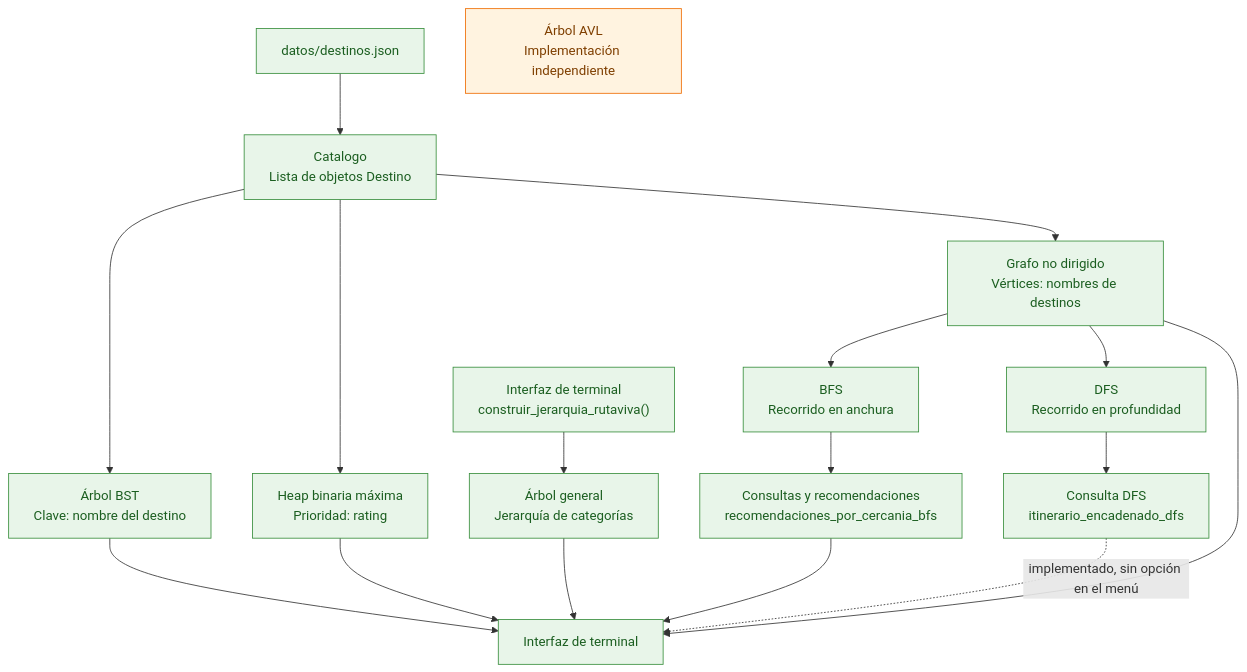
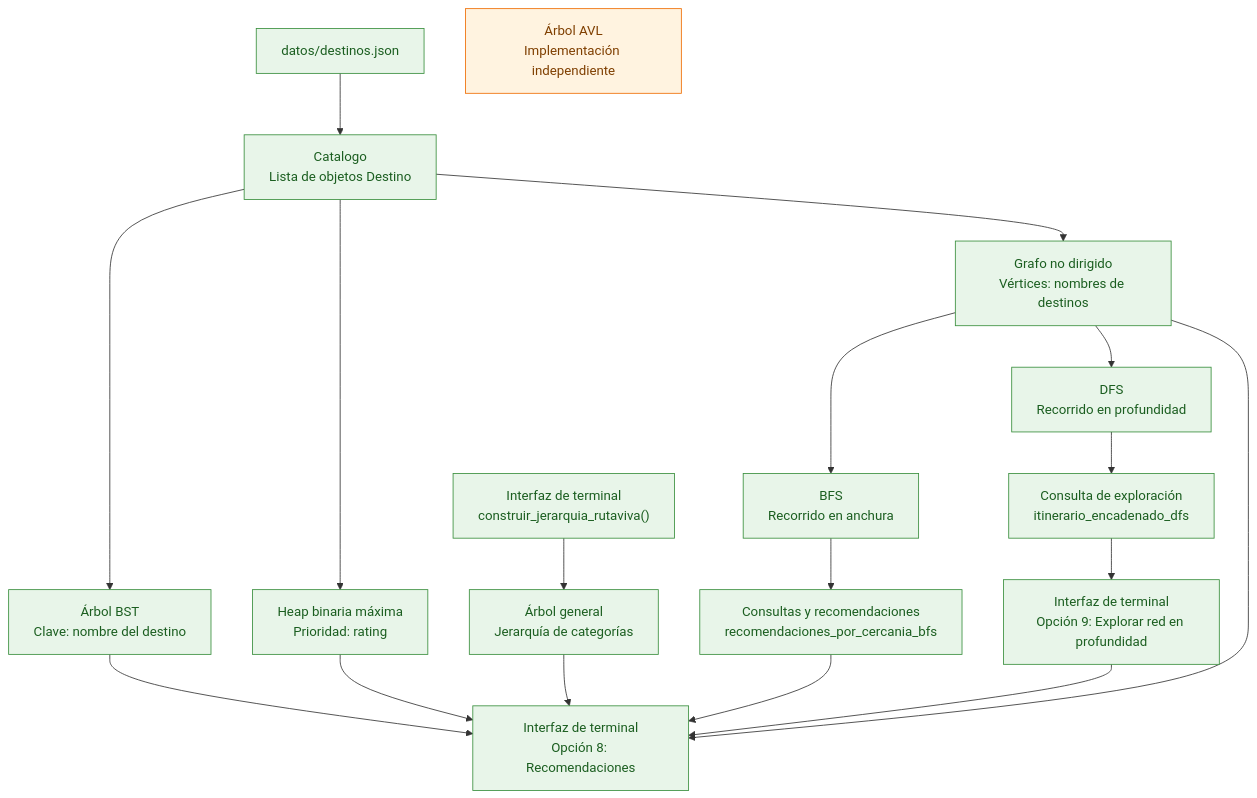
The diagram in docs/04-diagrama-datos.md (valortigoza7/RutaViva), drawn with Mermaid before and after one commit. The commit also changed other lines of this file, not shown here.

````diff
--- a/docs/04-diagrama-datos.md
+++ b/docs/04-diagrama-datos.md
@@ -15,30 +19,32 @@
 ```mermaid
 flowchart TD
     A["datos/destinos.json"] --> B["Catalogo<br/>Lista de objetos Destino"]
 
     B --> C["Árbol BST<br/>Clave: nombre del destino"]
     B --> D["Heap binaria máxima<br/>Prioridad: rating"]
     B --> E["Grafo no dirigido<br/>Vértices: nombres de destinos"]
 
     E --> F["BFS<br/>Recorrido en anchura"]
     E --> G["DFS<br/>Recorrido en profundidad"]
 
     F --> H["Consultas y recomendaciones<br/>recomendaciones_por_cercania_bfs"]
-    G --> I["Consulta DFS<br/>itinerario_encadenado_dfs"]
+    G --> I["Consulta de exploración<br/>itinerario_encadenado_dfs"]
 
-    H --> J["Interfaz de terminal"]
-    I -. "implementado, sin opción en el menú" .-> J
+    H --> J["Interfaz de terminal<br/>Opción 8: Recomendaciones"]
+    I --> K["Interfaz de terminal<br/>Opción 9: Explorar red en profundidad"]
+
     C --> J
     D --> J
     E --> J
+    K --> J
 
-    K["Interfaz de terminal<br/>construir_jerarquia_rutaviva()"] --> L["Árbol general<br/>Jerarquía de categorías"]
-    L --> J
+    L["Interfaz de terminal<br/>construir_jerarquia_rutaviva()"] --> M["Árbol general<br/>Jerarquía de categorías"]
+    M --> J
 
-    M["Árbol AVL<br/>Implementación independiente"] 
+    N["Árbol AVL<br/>Implementación independiente"]
 
     classDef integrado fill:#e8f5e9,stroke:#388e3c,color:#1b5e20
     classDef independiente fill:#fff3e0,stroke:#ef6c00,color:#7f3f00
-    class A,B,C,D,E,F,G,H,I,J,K,L integrado
-    class M independiente
+    class A,B,C,D,E,F,G,H,I,J,K,L,M integrado
+    class N independiente
 ```
````
